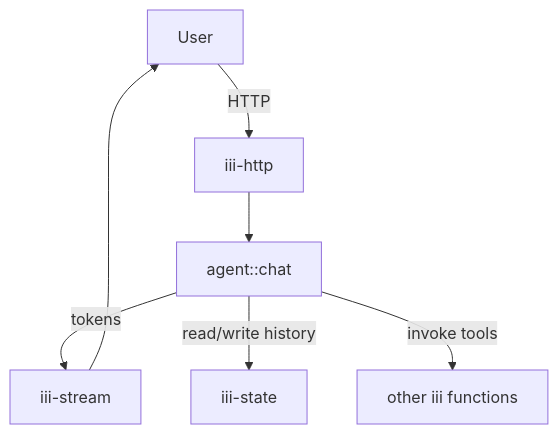
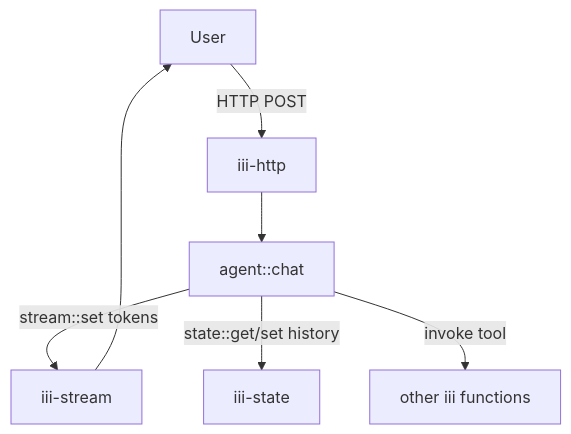
Before and after one commit to mrap/hex-iii: the diagram in docs/tutorials/build-a-tool-using-agent.mdx, drawn with Mermaid. The commit also changed other lines of this file and 10 other files, not shown here.

````diff
--- a/docs/tutorials/build-a-tool-using-agent.mdx
+++ b/docs/tutorials/build-a-tool-using-agent.mdx
@@ -90,9 +120,9 @@
 ```mermaid
 graph TB
-  User -->|HTTP| HTTP[iii-http]
+  User -->|HTTP POST| HTTP[iii-http]
   HTTP --> Agent[agent::chat]
-  Agent -->|tokens| Stream[iii-stream]
+  Agent -->|stream::set tokens| Stream[iii-stream]
   Stream --> User
-  Agent -->|read/write history| State[iii-state]
-  Agent -->|invoke tools| Tools[other iii functions]
+  Agent -->|state::get/set history| State[iii-state]
+  Agent -->|invoke tool| Tools[other iii functions]
 ```
````
